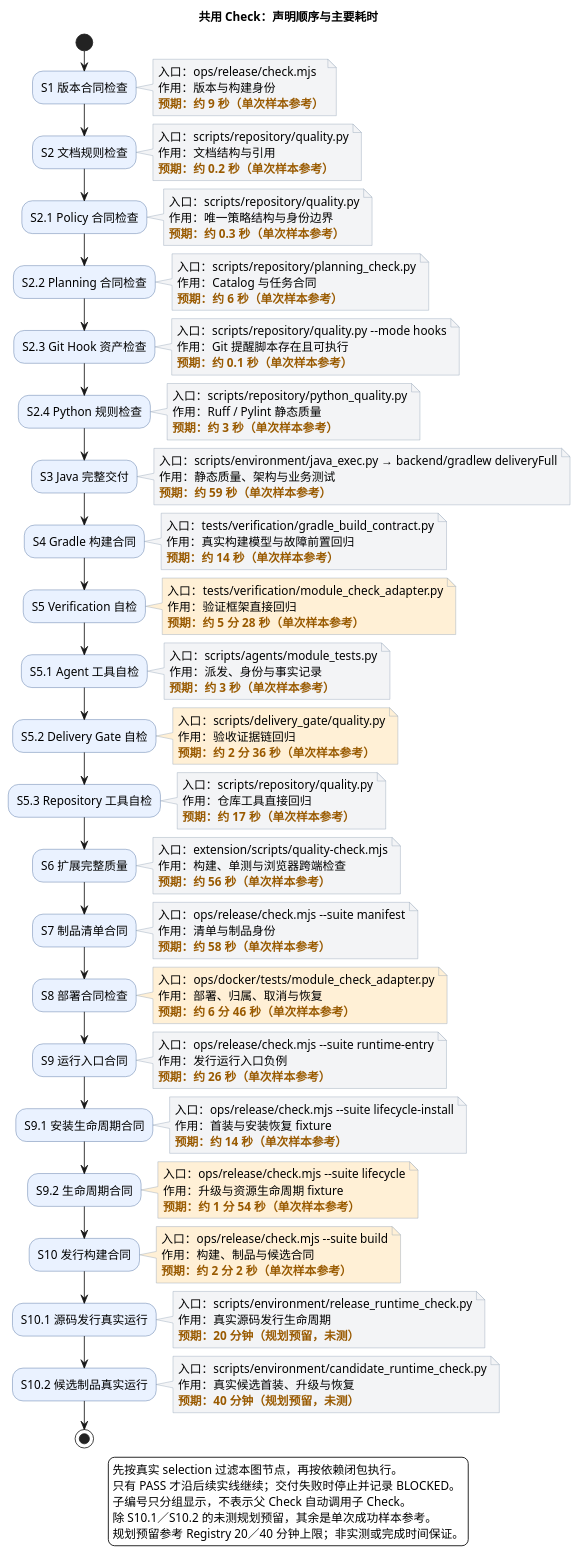
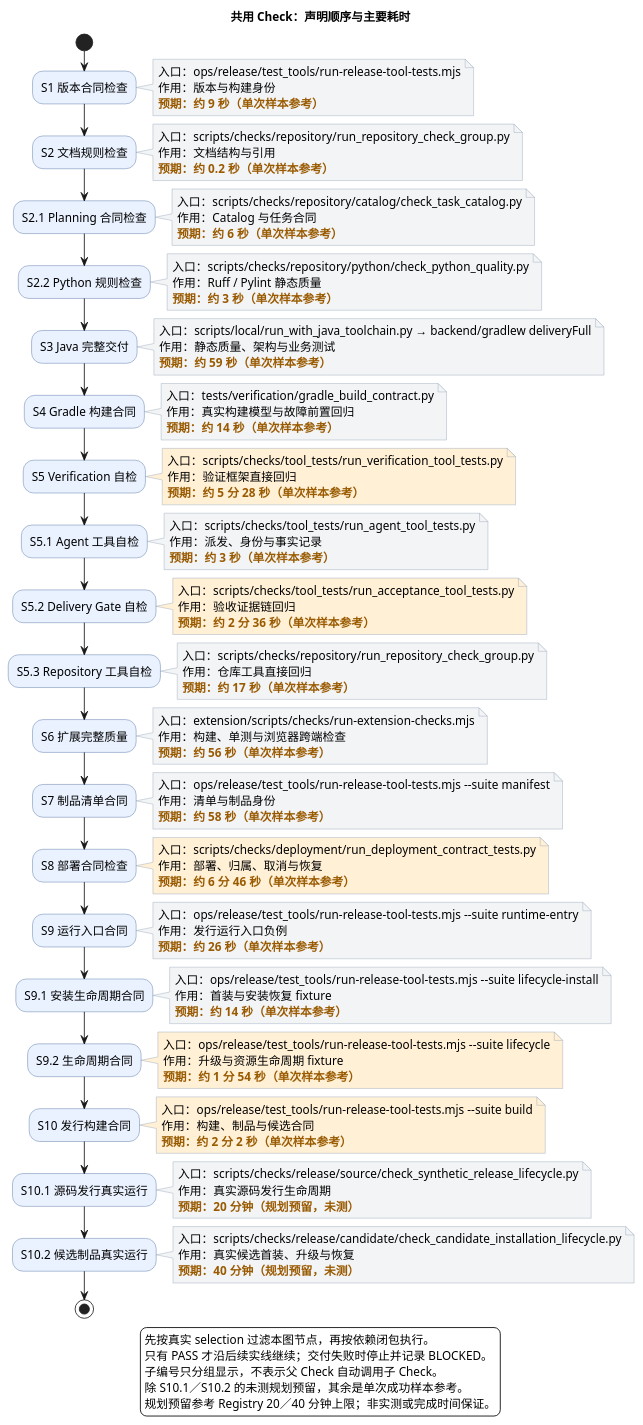
Before and after one commit to iampkuhz/lexiflow: the diagram in docs/reference/verification/check-catalog.md, drawn with PlantUML. The commit also changed other lines of this file and 493 other files, not shown here.

```diff
--- a/docs/reference/verification/check-catalog.md
+++ b/docs/reference/verification/check-catalog.md
@@ -24,43 +24,31 @@
 start
 :S1 版本合同检查;
 note right
-入口：ops/release/check.mjs
+入口：ops/release/test_tools/run-release-tool-tests.mjs
 作用：版本与构建身份
 <color:#995A00><b>预期：约 9 秒（单次样本参考）</b></color>
 end note
 :S2 文档规则检查;
 note right
-入口：scripts/repository/quality.py
+入口：scripts/checks/repository/run_repository_check_group.py
 作用：文档结构与引用
 <color:#995A00><b>预期：约 0.2 秒（单次样本参考）</b></color>
 end note
-:<U+0053>2<U+002E>1 Policy 合同检查;
+:S2.1 Planning 合同检查;
 note right
-入口：scripts/repository/quality.py
-作用<U+FF1A>唯一策略结构与身份边界
-<color:#995A00><b>预期：约 0.3 秒（单次样本参考）</b></color>
-end note
-:S2.2 Planning 合同检查;
-note right
-入口：scripts/repository/planning_check.py
+入口：scripts/checks/repository/catalog/check_task_catalog.py
 作用：Catalog 与任务合同
 <color:#995A00><b>预期：约 6 秒（单次样本参考）</b></color>
 end note
-:S2.3 Git Hook 资产检查;
+:S2.2 Python 规则检查;
 note right
-入口：scripts/repository/quality.py --mode hooks
-作用：Git 提醒脚本存在且可执行
-<color:#995A00><b>预期：约 0.1 秒（单次样本参考）</b></color>
-end note
-:S2.4 Python 规则检查;
-note right
-入口：scripts/repository/python_quality.py
+入口：scripts/checks/repository/python/check_python_quality.py
 作用：Ruff / Pylint 静态质量
 <color:#995A00><b>预期：约 3 秒（单次样本参考）</b></color>
 end note
 :S3 Java 完整交付;
 note right
-入口：scripts/environment/java_exec.py → backend/gradlew deliveryFull
+入口：scripts/local/run_with_java_toolchain.py → backend/gradlew deliveryFull
 作用：静态质量、架构与业务测试
 <color:#995A00><b>预期：约 59 秒（单次样本参考）</b></color>
 end note
@@ -72,79 +60,79 @@
 end note
 :S5 Verification 自检;
 note right #FFF0D6
-入口：tests/verification/module_check_adapter.py
+入口：scripts/checks/tool_tests/run_verification_tool_tests.py
 作用：验证框架直接回归
 <color:#995A00><b>预期：约 5 分 28 秒（单次样本参考）</b></color>
 end note
 :S5.1 Agent 工具自检;
 note right
-入口：scripts/agents/module_tests.py
+入口：scripts/checks/tool_tests/run_agent_tool_tests.py
 作用：派发、身份与事实记录
 <color:#995A00><b>预期：约 3 秒（单次样本参考）</b></color>
 end note
 :S5.2 Delivery Gate 自检;
 note right #FFF0D6
-入口：scripts/delivery_gate/quality.py
+入口：scripts/checks/tool_tests/run_acceptance_tool_tests.py
 作用：验收证据链回归
 <color:#995A00><b>预期：约 2 分 36 秒（单次样本参考）</b></color>
 end note
 :S5.3 Repository 工具自检;
 note right
-入口：scripts/repository/quality.py
+入口：scripts/checks/repository/run_repository_check_group.py
 作用：仓库工具直接回归
 <color:#995A00><b>预期：约 17 秒（单次样本参考）</b></color>
 end note
 :S6 扩展完整质量;
 note right
-入口：extension/scripts/quality-check.mjs
+入口：extension/scripts/checks/run-extension-checks.mjs
 作用：构建、单测与浏览器跨端检查
 <color:#995A00><b>预期：约 56 秒（单次样本参考）</b></color>
 end note
 :S7 制品清单合同;
 note right
-入口<U+FF1A>ops<U+002F>release<U+002F>check<U+002E>mjs <U+002D><U+002D>suite manifest
+入口<U+FF1A>ops<U+002F>release<U+002F>test<U+005F>tools<U+002F>run<U+002D>release<U+002D>tool<U+002D>tests<U+002E>mjs <U+002D><U+002D>suite manifest
 作用：清单与制品身份
 <color:#995A00><b>预期：约 58 秒（单次样本参考）</b></color>
 end note
 :S8 部署合同检查;
 note right #FFF0D6
-入口：ops/docker/tests/module_check_adapter.py
+入口：scripts/checks/deployment/run_deployment_contract_tests.py
 作用：部署、归属、取消与恢复
 <color:#995A00><b>预期：约 6 分 46 秒（单次样本参考）</b></color>
 end note
 :S9 运行入口合同;
 note right
-入口<U+FF1A>ops<U+002F>release<U+002F>check<U+002E>mjs <U+002D><U+002D>suite runtime<U+002D>entry
+入口<U+FF1A>ops<U+002F>release<U+002F>test<U+005F>tools<U+002F>run<U+002D>release<U+002D>tool<U+002D>tests<U+002E>mjs <U+002D><U+002D>suite runtime<U+002D>entry
 作用：发行运行入口负例
 <color:#995A00><b>预期：约 26 秒（单次样本参考）</b></color>
 end note
 :S9.1 安装生命周期合同;
 note right
-入口<U+FF1A>ops<U+002F>release<U+002F>check<U+002E>mjs <U+002D><U+002D>suite lifecycle<U+002D>install
+入口<U+FF1A>ops<U+002F>release<U+002F>test<U+005F>tools<U+002F>run<U+002D>release<U+002D>tool<U+002D>tests<U+002E>mjs <U+002D><U+002D>suite lifecycle<U+002D>install
 作用：首装与安装恢复 fixture
 <color:#995A00><b>预期：约 14 秒（单次样本参考）</b></color>
 end note
 :S9.2 生命周期合同;
 note right #FFF0D6
-入口<U+FF1A>ops<U+002F>release<U+002F>check<U+002E>mjs <U+002D><U+002D>suite lifecycle
+入口<U+FF1A>ops<U+002F>release<U+002F>test<U+005F>tools<U+002F>run<U+002D>release<U+002D>tool<U+002D>tests<U+002E>mjs <U+002D><U+002D>suite lifecycle
 作用：升级与资源生命周期 fixture
 <color:#995A00><b>预期：约 1 分 54 秒（单次样本参考）</b></color>
 end note
 :S10 发行构建合同;
 note right #FFF0D6
-入口<U+FF1A>ops<U+002F>release<U+002F>check<U+002E>mjs <U+002D><U+002D>suite build
+入口<U+FF1A>ops<U+002F>release<U+002F>test<U+005F>tools<U+002F>run<U+002D>release<U+002D>tool<U+002D>tests<U+002E>mjs <U+002D><U+002D>suite build
 作用：构建、制品与候选合同
 <color:#995A00><b>预期：约 2 分 2 秒（单次样本参考）</b></color>
 end note
 :S10.1 源码发行真实运行;
 note right
-入口：scripts/environment/release_runtime_check.py
+入口：scripts/checks/release/source/check_synthetic_release_lifecycle.py
 作用：真实源码发行生命周期
 <color:#995A00><b>预期：20 分钟（规划预留，未测）</b></color>
 end note
 :S10.2 候选制品真实运行;
 note right
-入口：scripts/environment/candidate_runtime_check.py
+入口：scripts/checks/release/candidate/check_candidate_installation_lifecycle.py
 作用：真实候选首装、升级与恢复
 <color:#995A00><b>预期：40 分钟（规划预留，未测）</b></color>
 end note
```
